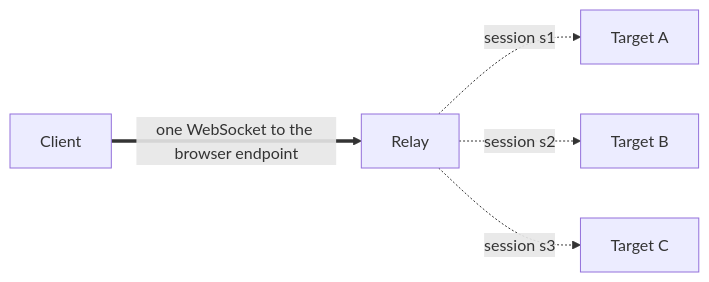
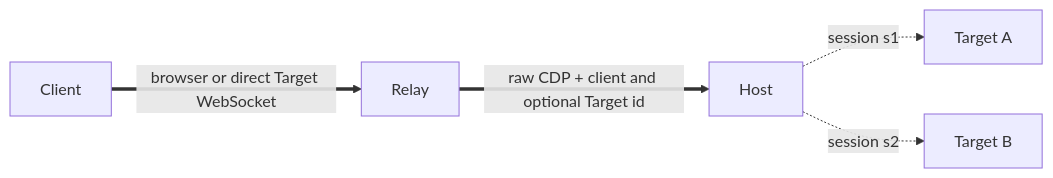
Before and after one commit to olimsaidov/icdp: the diagram in docs/explanation/flat-session-protocol.md, drawn with Mermaid. The commit also changed other lines of this file and 78 other files, not shown here.

````diff
--- a/docs/explanation/flat-session-protocol.md
+++ b/docs/explanation/flat-session-protocol.md
@@ -15,7 +14,7 @@
 ```mermaid
 flowchart LR
-    C["Client"] ==>|"one WebSocket to the browser endpoint"| R["Relay"]
-    R -. "session s1" .-> T1["Target A"]
-    R -. "session s2" .-> T2["Target B"]
-    R -. "session s3" .-> T3["Target C"]
+    C["Client"] ==>|"browser or direct Target WebSocket"| R["Relay"]
+    R ==>|"raw CDP + client and optional Target id"| H["Host"]
+    H -. "session s1" .-> A["Target A"]
+    H -. "session s2" .-> B["Target B"]
 ```
````
